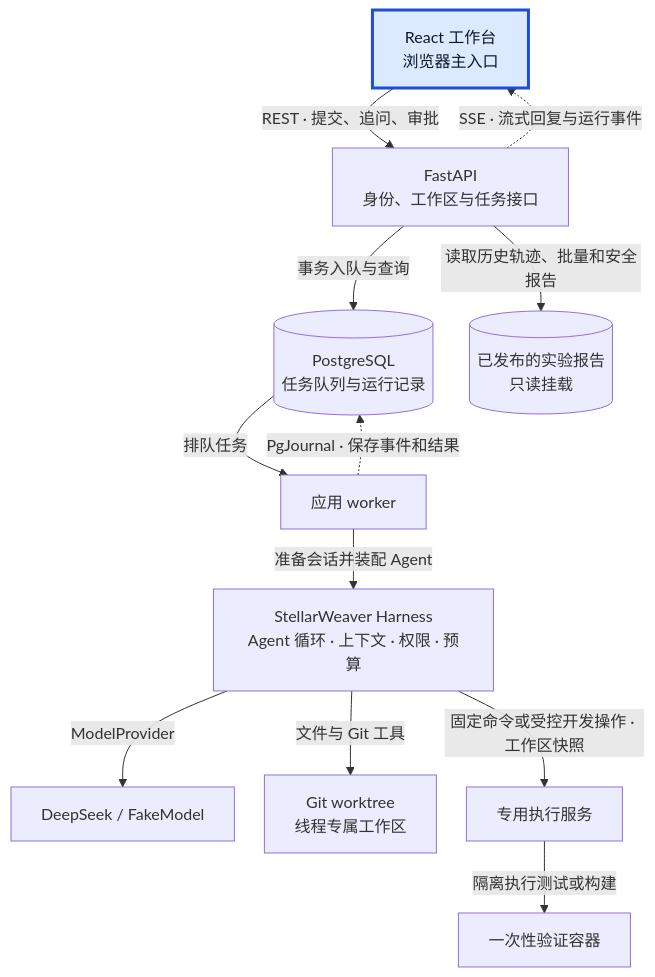
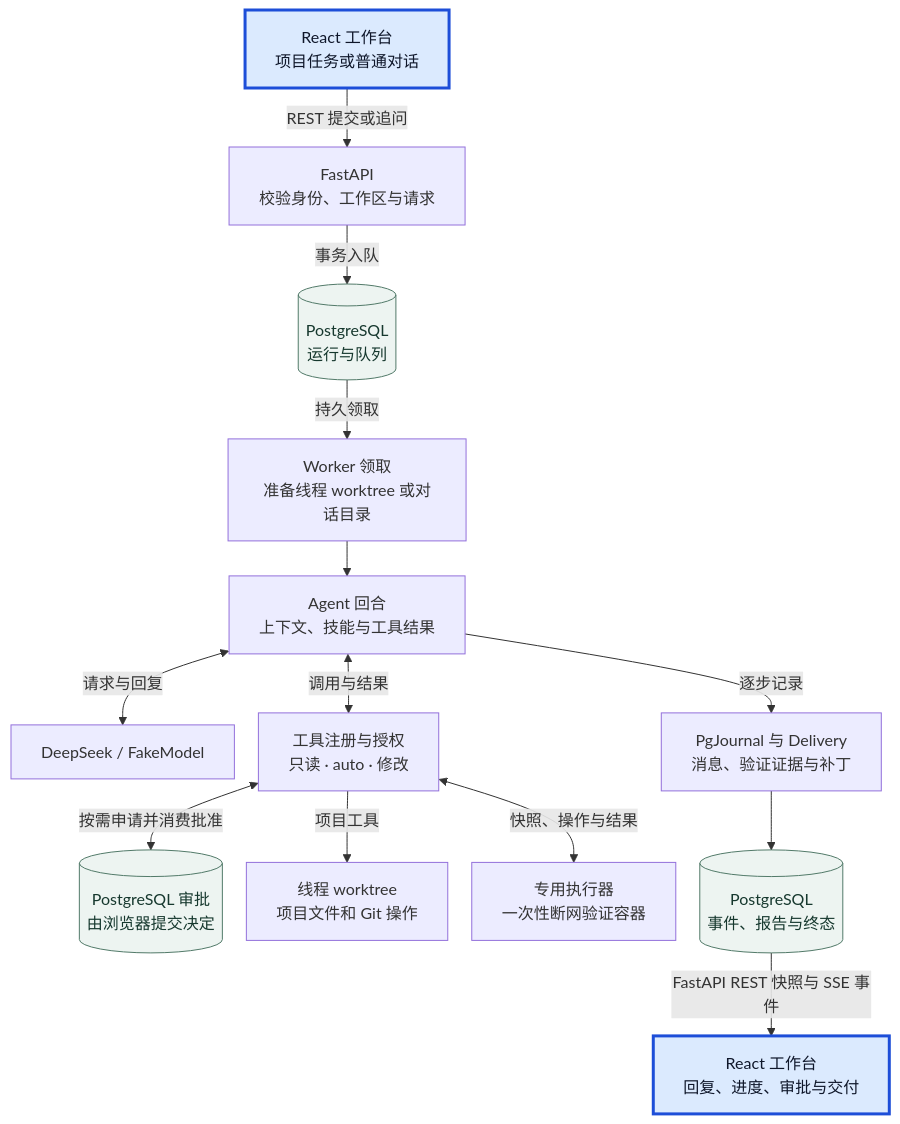
The second of 3 diagrams in docs/ARCHITECTURE.md (lyx0902/StellarWeaver), drawn with Mermaid before and after one commit. The commit also changed other lines of this file, not shown here.

````diff
--- a/docs/ARCHITECTURE.md
+++ b/docs/ARCHITECTURE.md
@@ -29,35 +70,41 @@
 ```mermaid
 ---
 config:
   flowchart:
-    rankSpacing: 36
-    nodeSpacing: 30
-    wrappingWidth: 220
+    rankSpacing: 35
+    nodeSpacing: 24
+    wrappingWidth: 178
 ---
 flowchart TB
-    Workbench["React 工作台<br/>浏览器主入口"]
-    API["FastAPI<br/>身份、工作区与任务接口"]
-    Store[("PostgreSQL<br/>任务队列与运行记录")]
-    Worker["应用 worker"]
-    Harness["StellarWeaver Harness<br/>Agent 循环 · 上下文 · 权限 · 预算"]
+    Workbench["React 工作台<br/>项目任务或普通对话"]
+    API["FastAPI<br/>校验身份、工作区与请求"]
+    Queue[("PostgreSQL<br/>运行与队列")]
+    Worker["Worker 领取<br/>准备线程 worktree 或对话目录"]
+    Agent["Agent 回合<br/>上下文、技能与工具结果"]
     Model["DeepSeek / FakeModel"]
-    Worktree["Git worktree<br/>线程专属工作区"]
-    Executor["专用执行服务"]
-    Runner["一次性验证容器"]
-    Experiments[("已发布的实验报告<br/>只读挂载")]
+    Guard["工具注册与授权<br/>只读 · auto · 修改"]
+    Approval[("PostgreSQL 审批<br/>由浏览器提交决定")]
+    Worktree["线程 worktree<br/>项目文件和 Git 操作"]
+    Sandbox["专用执行器<br/>一次性断网验证容器"]
+    Journal["PgJournal 与 Delivery<br/>消息、验证证据与补丁"]
+    Records[("PostgreSQL<br/>事件、报告与终态")]
+    Display["React 工作台<br/>回复、进度、审批与交付"]
 
-    Workbench -->|"REST · 提交、追问、审批"| API
-    API -.->|"SSE · 流式回复与运行事件"| Workbench
-    API -->|"读取历史轨迹、批量和安全报告"| Experiments
-    API -->|"事务入队与查询"| Store
-    Store -->|"排队任务"| Worker
-    Worker -.->|"PgJournal · 保存事件和结果"| Store
-    Worker -->|"准备会话并装配 Agent"| Harness
-    Harness -->|"ModelProvider"| Model
-    Harness -->|"文件与 Git 工具"| Worktree
-    Harness -->|"固定命令或受控开发操作 · 工作区快照"| Executor
-    Executor -->|"隔离执行测试或构建"| Runner
+    Workbench -->|REST 提交或追问| API
+    API -->|事务入队| Queue
+    Queue -->|持久领取| Worker
+    Worker --> Agent
+    Agent <-->|请求与回复| Model
+    Agent <-->|调用与结果| Guard
+    Guard <-->|按需申请并消费批准| Approval
+    Guard -->|项目工具| Worktree
+    Guard <-->|快照、操作与结果| Sandbox
+    Agent -->|逐步记录| Journal
+    Journal --> Records
+    Records -->|FastAPI REST 快照与 SSE 事件| Display
 
     classDef entry fill:#dbeafe,stroke:#1d4ed8,color:#0f172a,stroke-width:3px
-    class Workbench entry
+    classDef data fill:#edf4f1,stroke:#527a69,color:#16382e
+    class Workbench,Display entry
+    class Queue,Approval,Records data
 ```
````
